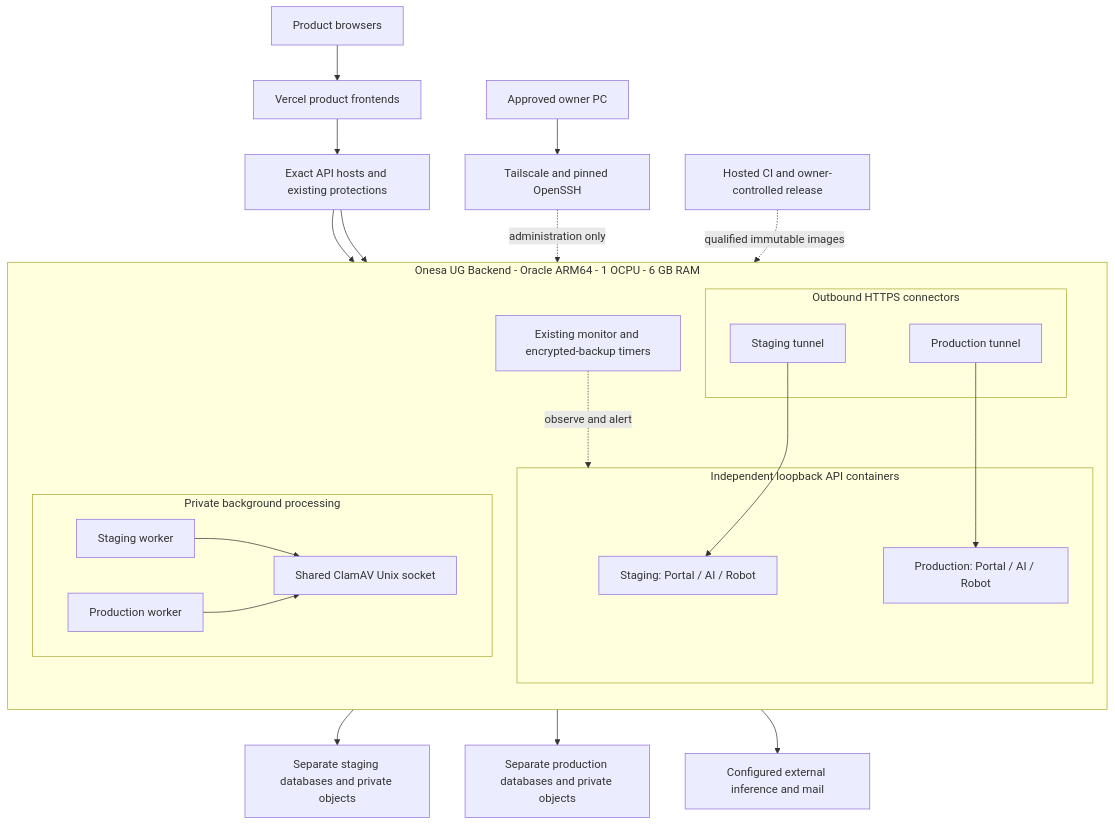
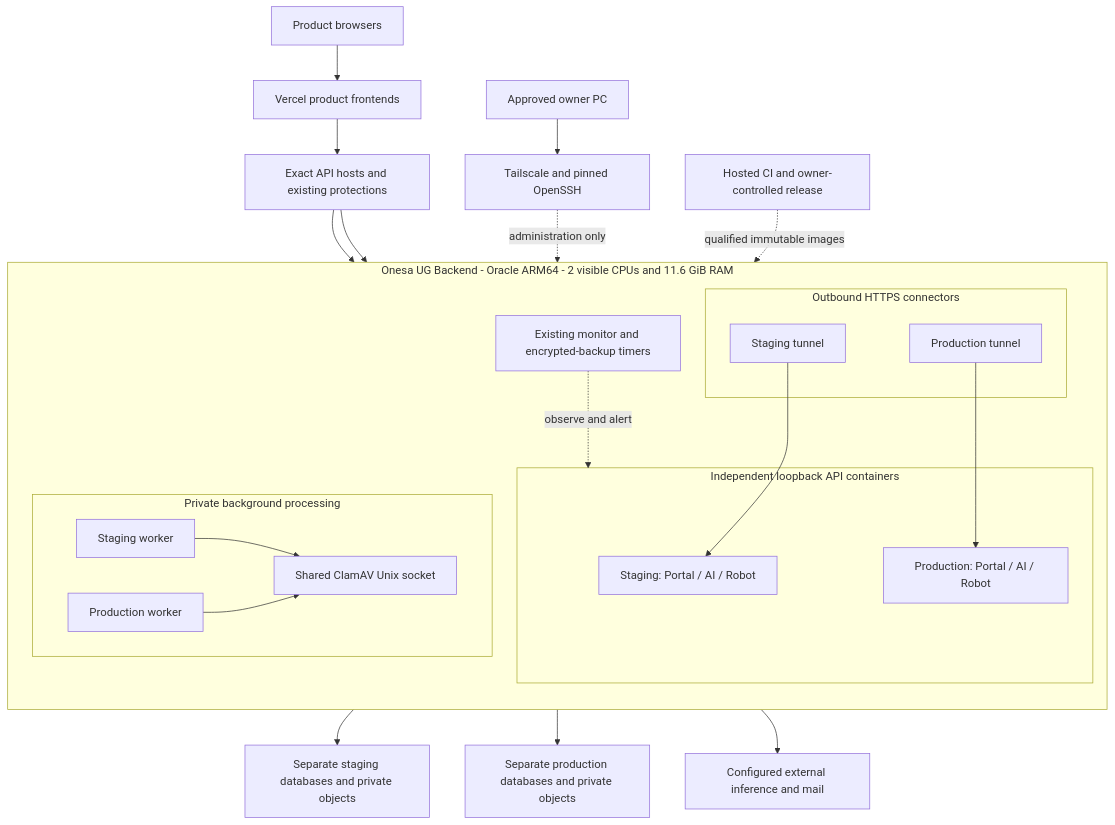
One commit to DruHustle/onesa-ai-platform changed the diagram in docs/diagrams/infrastructure-current.mmd. Above: the diagram before and after it, drawn with Mermaid. The commit also changed 10 other files, not shown here.

```diff
--- a/docs/diagrams/infrastructure-current.mmd
+++ b/docs/diagrams/infrastructure-current.mmd
@@ -1,31 +1,31 @@
 flowchart TB
 Browser["Product browsers"] --> Vercel["Vercel product frontends"]
 Vercel --> Edge["Exact API hosts and existing protections"]
 PC["Approved owner PC"] --> Tail["Tailscale and pinned OpenSSH"]
 CI["Hosted CI and owner-controlled release"]
-subgraph VM["Onesa UG Backend - Oracle ARM64 - 1 OCPU - 6 GB RAM"]
+subgraph VM["Onesa UG Backend - Oracle ARM64 - 2 visible CPUs and 11.6 GiB RAM"]
   direction TB
   subgraph Ingress["Outbound HTTPS connectors"]
     TS["Staging tunnel"]
     TP["Production tunnel"]
   end
   subgraph APIs["Independent loopback API containers"]
     Stage["Staging: Portal / AI / Robot"]
     Prod["Production: Portal / AI / Robot"]
   end
   subgraph Jobs["Private background processing"]
     WS["Staging worker"] --> Scan["Shared ClamAV Unix socket"]
     WP["Production worker"] --> Scan
   end
   Ops["Existing monitor and encrypted-backup timers"]
   TS --> Stage
   TP --> Prod
   Ops -. observe and alert .-> APIs
 end
 Edge --> TS
 Edge --> TP
 Tail -. administration only .-> VM
 CI -. qualified immutable images .-> VM
 Stage --> SData["Separate staging databases and private objects"]
 Prod --> PData["Separate production databases and private objects"]
 APIs --> Providers["Configured external inference and mail"]
```
